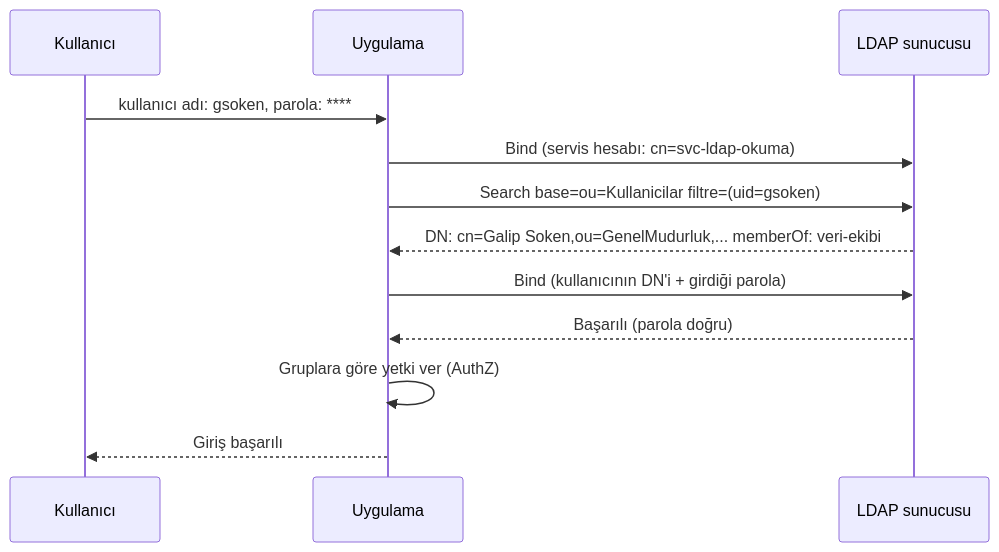
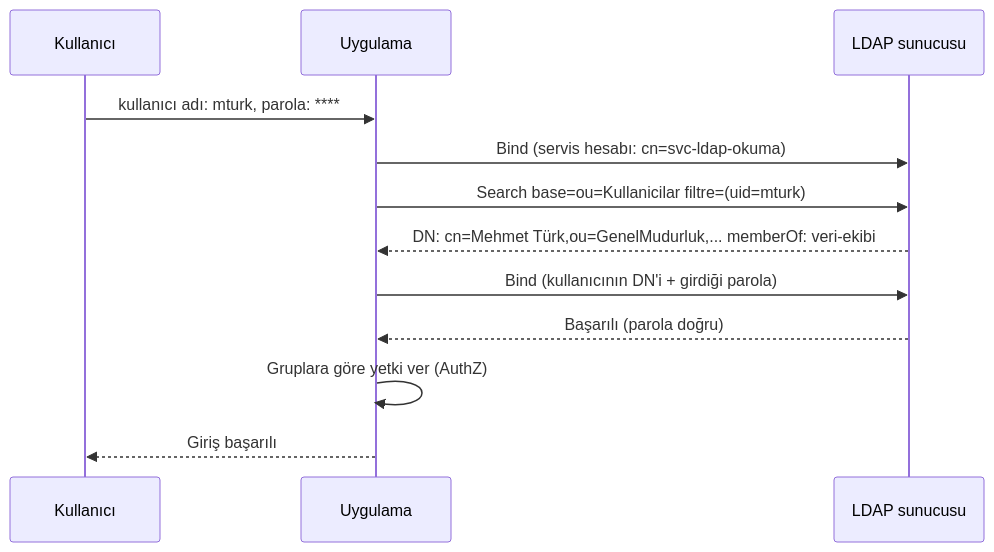
One commit to GalipSoken/atlas changed the second of 2 diagrams in docs/15-guvenlik/02-ldap.md. Above: the diagram before and after it, drawn with Mermaid. The commit also changed other lines of this file and 36 other files, not shown here.

First line of the commit message:
Veri modelleme (12.6–12.7), model riski ve açıklanabilirlik (13.13–13.14); örnek ad Mehmet Türk; tutarsızlık düzeltmeleri

````diff
--- a/docs/15-guvenlik/02-ldap.md
+++ b/docs/15-guvenlik/02-ldap.md
@@ -58,14 +58,14 @@
 ```mermaid
 sequenceDiagram
     participant K as Kullanıcı
     participant A as Uygulama
     participant L as LDAP sunucusu
-    K->>A: kullanıcı adı: gsoken, parola: ****
+    K->>A: kullanıcı adı: mturk, parola: ****
     A->>L: Bind (servis hesabı: cn=svc-ldap-okuma)
-    A->>L: Search base=ou=Kullanicilar filtre=(uid=gsoken)
-    L-->>A: DN: cn=Galip Soken,ou=GenelMudurluk,...  memberOf: veri-ekibi
+    A->>L: Search base=ou=Kullanicilar filtre=(uid=mturk)
+    L-->>A: DN: cn=Mehmet Türk,ou=GenelMudurluk,...  memberOf: veri-ekibi
     A->>L: Bind (kullanıcının DN'i + girdiği parola)
     L-->>A: Başarılı (parola doğru)
     A->>A: Gruplara göre yetki ver (AuthZ)
     A-->>K: Giriş başarılı
 ```
````
